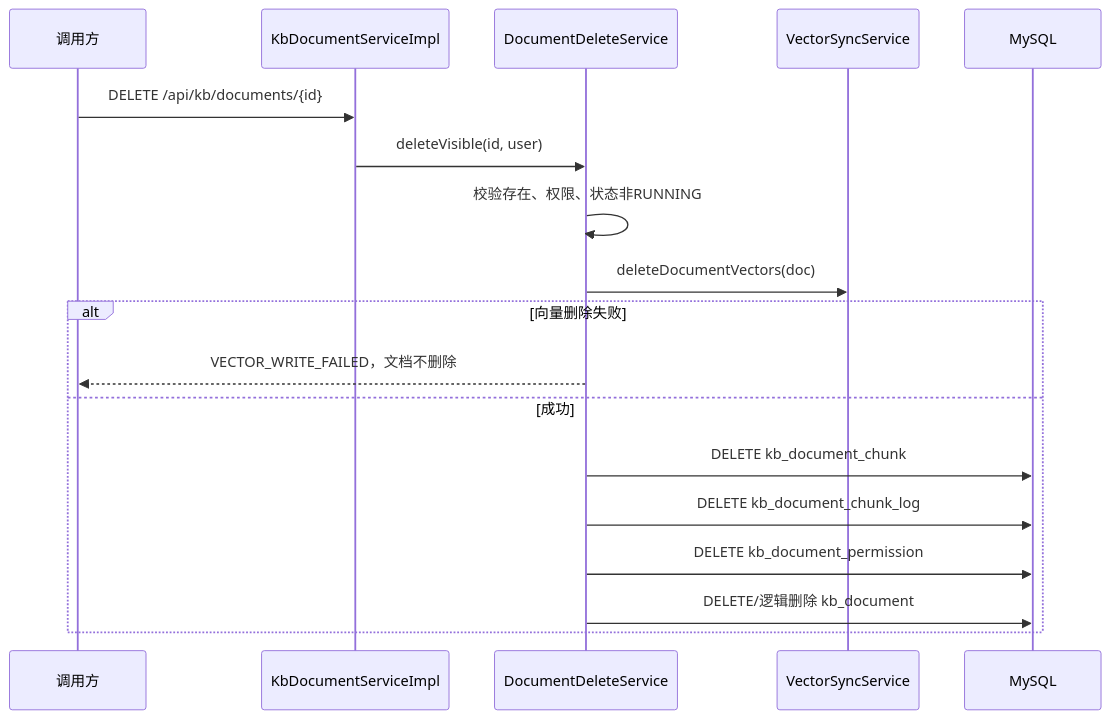
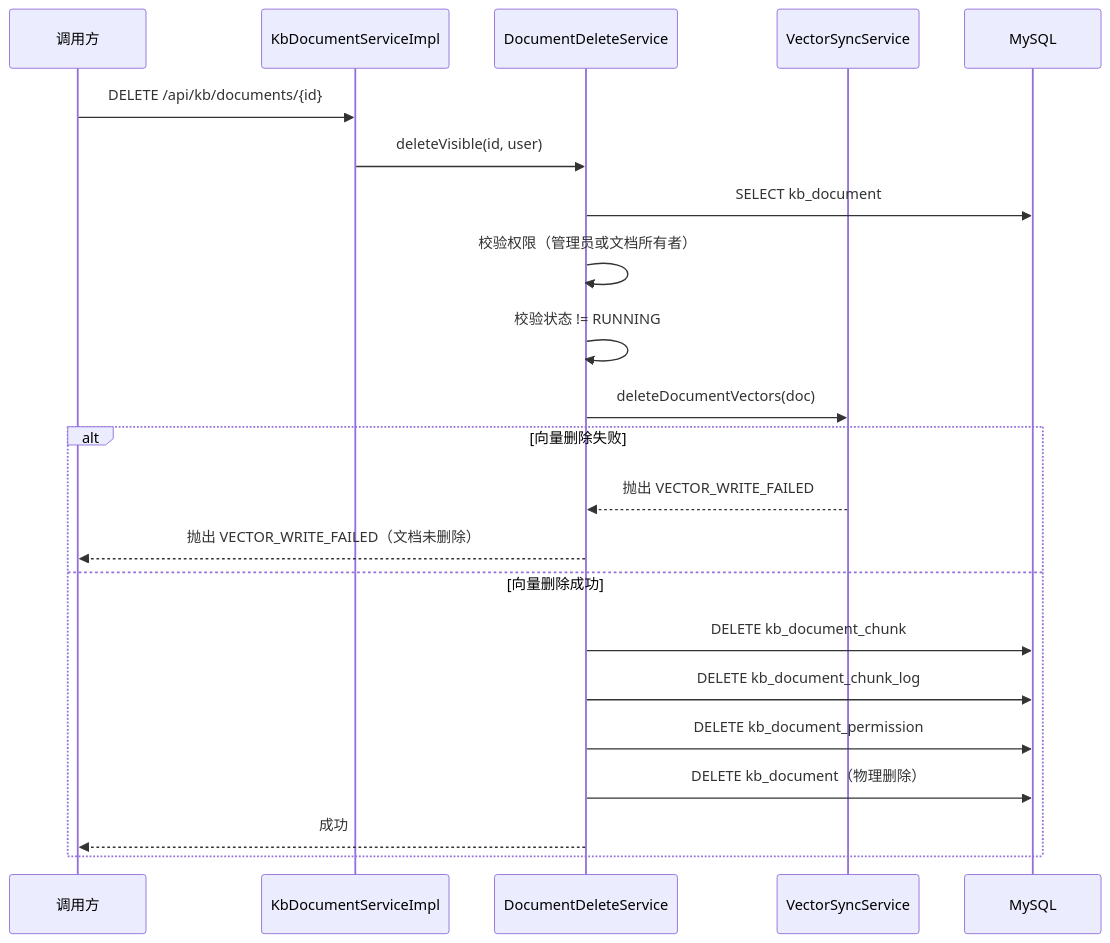
One commit to ZjlShenshiqing/EnterpriseKnowledgeWorkspace changed diagram 11 of 18 in docs/knowledge-service-code-analysis.md. Above: the diagram before and after it, drawn with Mermaid. The commit also changed other lines of this file, not shown here.

````diff
--- a/docs/knowledge-service-code-analysis.md
+++ b/docs/knowledge-service-code-analysis.md
@@ -817,21 +897,25 @@
 ```mermaid
 sequenceDiagram
     participant FE as 调用方
     participant DOC as KbDocumentServiceImpl
     participant DEL as DocumentDeleteService
     participant VEC as VectorSyncService
     participant DB as MySQL
 
     FE->>DOC: DELETE /api/kb/documents/{id}
     DOC->>DEL: deleteVisible(id, user)
-    DEL->>DEL: 校验存在、权限、状态非RUNNING
+    DEL->>DB: SELECT kb_document
+    DEL->>DEL: 校验权限（管理员或文档所有者）
+    DEL->>DEL: 校验状态 != RUNNING
     DEL->>VEC: deleteDocumentVectors(doc)
     alt 向量删除失败
-        DEL-->>FE: VECTOR_WRITE_FAILED，文档不删除
-    else 成功
+        VEC-->>DEL: 抛出 VECTOR_WRITE_FAILED
+        DEL-->>FE: 抛出 VECTOR_WRITE_FAILED（文档未删除）
+    else 向量删除成功
         DEL->>DB: DELETE kb_document_chunk
         DEL->>DB: DELETE kb_document_chunk_log
         DEL->>DB: DELETE kb_document_permission
-        DEL->>DB: DELETE/逻辑删除 kb_document
+        DEL->>DB: DELETE kb_document（物理删除）
+        DEL-->>FE: 成功
     end
 ```
````
